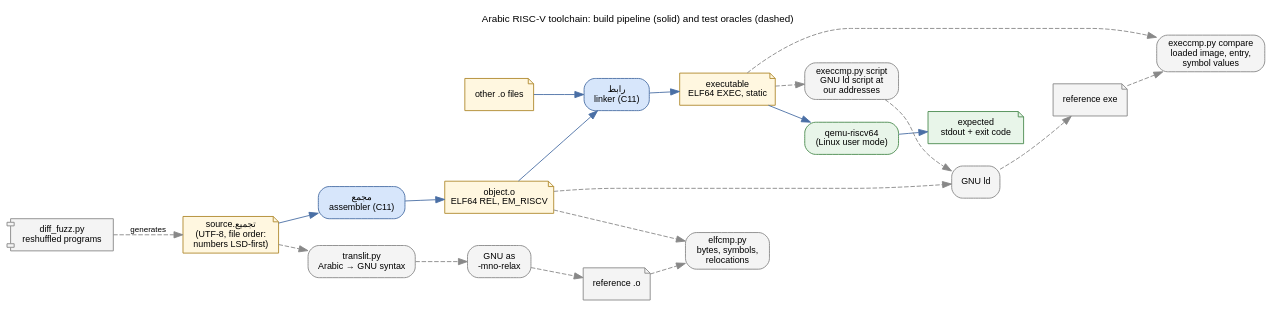
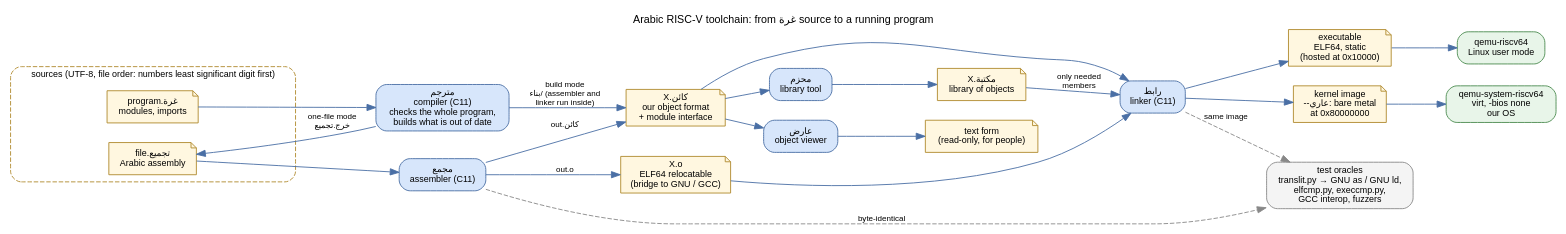
One commit to MahmoudEmad1491999/arabic-riscv-toolchain changed the diagram in docs/diagrams/pipeline.dot. Above: the diagram before and after it, drawn with Graphviz. The commit also changed 29 other files, not shown here.

First line of the commit message:
Architecture diagrams for the whole project

```diff
--- a/docs/diagrams/pipeline.dot
+++ b/docs/diagrams/pipeline.dot
@@ -1,38 +1,45 @@
-// Overall pipeline and the test oracles around it.
+// The whole toolchain: tools (blue), files (yellow), runners (green), oracles (grey, dashed).
 digraph pipeline {
-  graph [rankdir=LR, fontname="Helvetica", fontsize=11, nodesep=0.35, ranksep=0.45,
-         label="Arabic RISC-V toolchain: build pipeline (solid) and test oracles (dashed)", labelloc=t];
+  graph [rankdir=LR, fontname="Helvetica", fontsize=12, nodesep=0.3, ranksep=0.5,
+         label="Arabic RISC-V toolchain: from غرة source to a running program", labelloc=t];
   node  [fontname="Helvetica", fontsize=10, shape=box, style="rounded,filled", fillcolor="#eef3fb", color="#4a6fa5"];
   edge  [fontname="Helvetica", fontsize=9, color="#4a6fa5"];
 
-  src   [label="source.تجميع\n(UTF-8, file order:\nnumbers LSD-first)", shape=note, fillcolor="#fff7e0", color="#b08a2e"];
+  subgraph cluster_files_in { label="sources (UTF-8, file order: numbers least significant digit first)"; fontname="Helvetica"; fontsize=10; style="rounded,dashed"; color="#b08a2e";
+    gsrc [label="program.غرة\nmodules, imports", shape=note, fillcolor="#fff7e0", color="#b08a2e"];
+    asrc [label="file.تجميع\nArabic assembly", shape=note, fillcolor="#fff7e0", color="#b08a2e"];
+  }
+  cc    [label="مترجم\ncompiler (C11)\nchecks the whole program,\nbuilds what is out of date", fillcolor="#d7e6fb"];
   as    [label="مجمع\nassembler (C11)", fillcolor="#d7e6fb"];
-  obj   [label="object.o\nELF64 REL, EM_RISCV", shape=note, fillcolor="#fff7e0", color="#b08a2e"];
   ld    [label="رابط\nlinker (C11)", fillcolor="#d7e6fb"];
-  exe   [label="executable\nELF64 EXEC, static", shape=note, fillcolor="#fff7e0", color="#b08a2e"];
-  qemu  [label="qemu-riscv64\n(Linux user mode)", fillcolor="#e8f5e9", color="#4b8b4f"];
-  check [label="expected\nstdout + exit code", shape=note, fillcolor="#e8f5e9", color="#4b8b4f"];
+  lib   [label="محزم\nlibrary tool", fillcolor="#d7e6fb"];
+  view  [label="عارض\nobject viewer", fillcolor="#d7e6fb"];
 
-  src -> as -> obj -> ld -> exe -> qemu -> check;
-  obj2  [label="other .o files", shape=note, fillcolor="#fff7e0", color="#b08a2e"];
-  obj2 -> ld;
+  obj   [label="X.كائن\nour object format\n+ module interface", shape=note, fillcolor="#fff7e0", color="#b08a2e"];
+  elfo  [label="X.o\nELF64 relocatable\n(bridge to GNU / GCC)", shape=note, fillcolor="#fff7e0", color="#b08a2e"];
+  mlib  [label="X.مكتبة\nlibrary of objects", shape=note, fillcolor="#fff7e0", color="#b08a2e"];
+  exe   [label="executable\nELF64, static\n(hosted at 0x10000)", shape=note, fillcolor="#fff7e0", color="#b08a2e"];
+  kern  [label="kernel image\n--عاري: bare metal\nat 0x80000000", shape=note, fillcolor="#fff7e0", color="#b08a2e"];
+  text  [label="text form\n(read-only, for people)", shape=note, fillcolor="#fff7e0", color="#b08a2e"];
+
+  qemuu [label="qemu-riscv64\nLinux user mode", fillcolor="#e8f5e9", color="#4b8b4f"];
+  qemus [label="qemu-system-riscv64\nvirt, -bios none\nour OS", fillcolor="#e8f5e9", color="#4b8b4f"];
+
+  gsrc -> cc;
+  cc -> asrc [label="one-file mode\nخرج.تجميع"];
+  cc -> obj  [label="build mode\nبناء/ (assembler and\nlinker run inside)"];
+  asrc -> as;
+  as -> obj [label="out.كائن"];
+  as -> elfo [label="out.o"];
+  obj -> lib -> mlib;
+  obj -> view -> text;
+  obj -> ld; elfo -> ld; mlib -> ld [label="only needed\nmembers"];
+  ld -> exe -> qemuu;
+  ld -> kern -> qemus;
 
   node  [fillcolor="#f4f4f4", color="#888888"];
   edge  [style=dashed, color="#888888"];
-  translit [label="translit.py\nArabic → GNU syntax"];
-  gas      [label="GNU as\n-mno-relax"];
-  refobj   [label="reference .o", shape=note];
-  elfcmp   [label="elfcmp.py\nbytes, symbols,\nrelocations"];
-  script   [label="execcmp.py script\nGNU ld script at\nour addresses"];
-  gld      [label="GNU ld"];
-  refexe   [label="reference exe", shape=note];
-  execcmp  [label="execcmp.py compare\nloaded image, entry,\nsymbol values"];
-  fuzz     [label="diff_fuzz.py\nreshuffled programs", shape=component];
-
-  src -> translit -> gas -> refobj -> elfcmp;
-  obj -> elfcmp;
-  exe -> script -> gld;
-  obj -> gld -> refexe -> execcmp;
-  exe -> execcmp;
-  fuzz -> src [label="generates"];
+  gnu   [label="test oracles\ntranslit.py → GNU as / GNU ld,\nelfcmp.py, execcmp.py,\nGCC interop, fuzzers"];
+  as -> gnu [label="byte-identical"];
+  ld -> gnu [label="same image"];
 }
```
